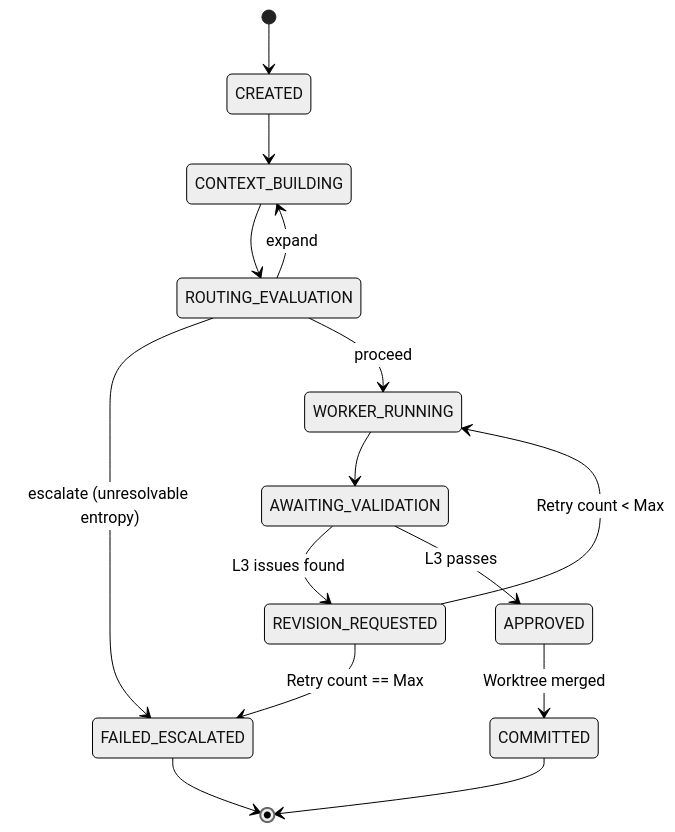
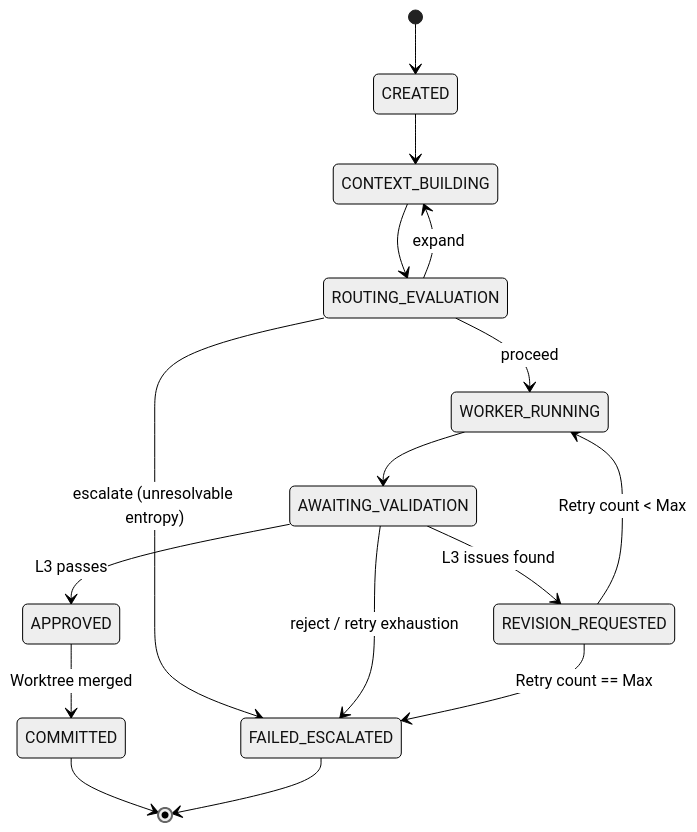
The diagram in .agents/docs/state_machine.md (denialbb/limen), drawn with Mermaid (neutral theme) before and after one commit. The commit also changed other lines of this file and 11 other files, not shown here.

````diff
--- a/.agents/docs/state_machine.md
+++ b/.agents/docs/state_machine.md
@@ -9,25 +9,26 @@
 ```mermaid
 stateDiagram-v2
     [*] --> CREATED
     
     CREATED --> CONTEXT_BUILDING
     
     CONTEXT_BUILDING --> ROUTING_EVALUATION
     ROUTING_EVALUATION --> CONTEXT_BUILDING : expand
     ROUTING_EVALUATION --> FAILED_ESCALATED : escalate (unresolvable entropy)
     
     ROUTING_EVALUATION --> WORKER_RUNNING : proceed
     
     WORKER_RUNNING --> AWAITING_VALIDATION
     
     AWAITING_VALIDATION --> REVISION_REQUESTED : L3 issues found
+    AWAITING_VALIDATION --> FAILED_ESCALATED : reject / retry exhaustion
     REVISION_REQUESTED --> WORKER_RUNNING : Retry count < Max
     REVISION_REQUESTED --> FAILED_ESCALATED : Retry count == Max
     
     AWAITING_VALIDATION --> APPROVED : L3 passes
     
     APPROVED --> COMMITTED : Worktree merged
     COMMITTED --> [*]
     
     FAILED_ESCALATED --> [*]
 ```
````
